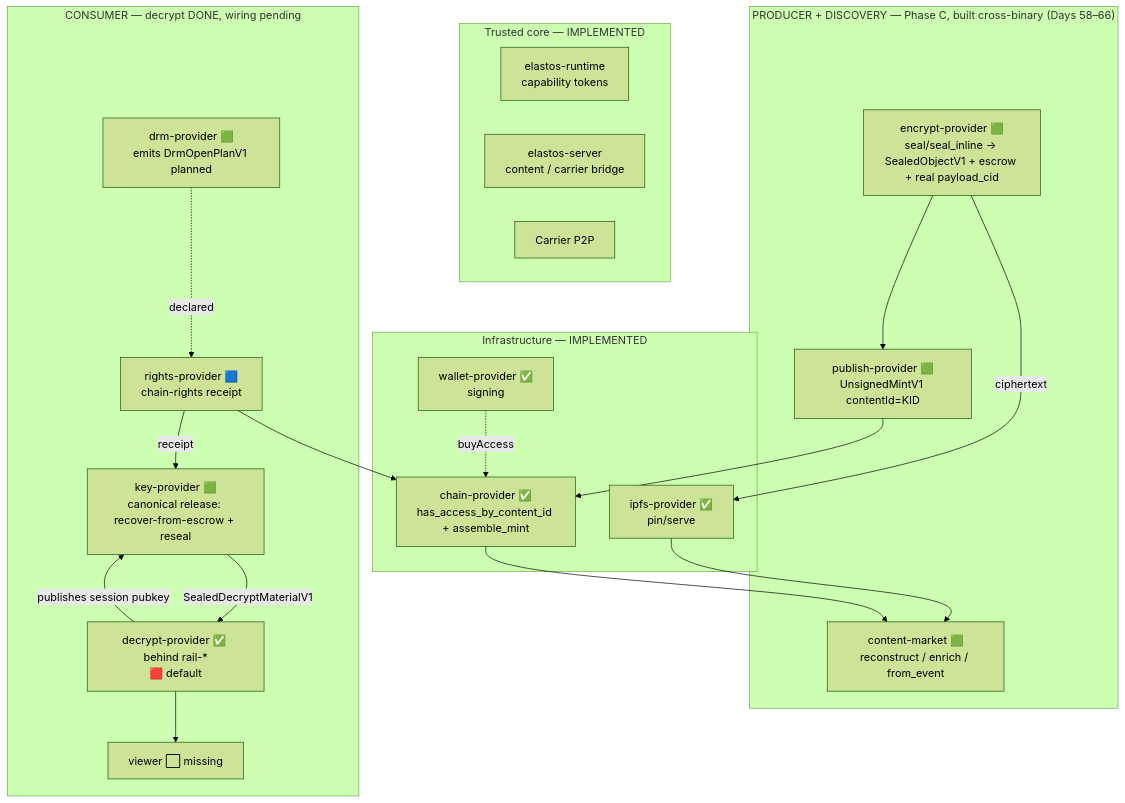
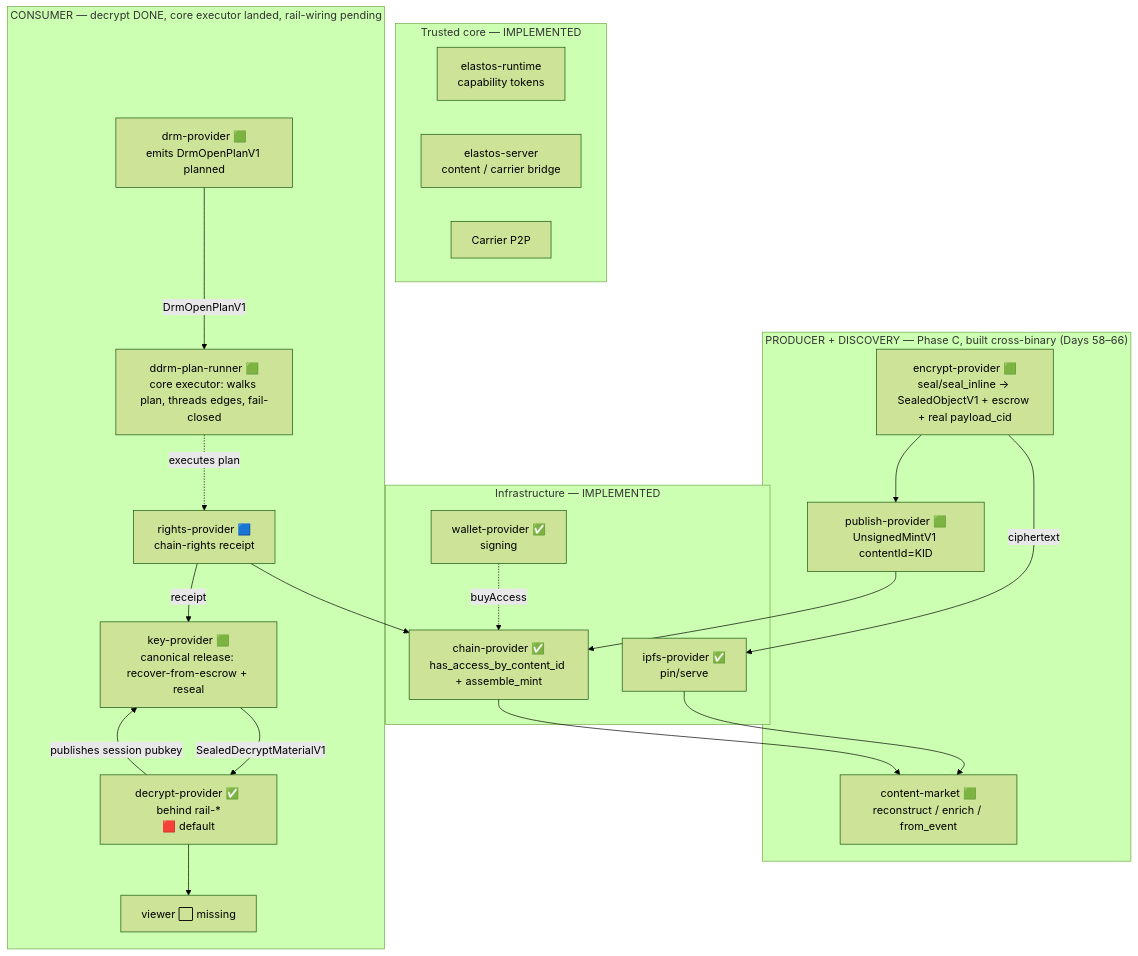
The first of 2 diagrams in docs/convergence/SYSTEM_ARCHITECTURE_MAP.md (Elacity/elastos-runtime), drawn with Mermaid (forest theme) before and after one commit. The commit also changed other lines of this file and 10 other files, not shown here.

First line of the commit message:
ddrm(Day71/Phase A): runtime-core plan executor — ddrm-plan-runner walks DrmOpenPlanV1, fail-closed

````diff
--- a/docs/convergence/SYSTEM_ARCHITECTURE_MAP.md
+++ b/docs/convergence/SYSTEM_ARCHITECTURE_MAP.md
@@ -121,32 +122,34 @@
 ```mermaid
 flowchart TB
   subgraph core["Trusted core — IMPLEMENTED"]
     RT[elastos-runtime<br/>capability tokens]
     SRV[elastos-server<br/>content / carrier bridge]
     CAR[Carrier P2P]
   end
   subgraph infra["Infrastructure — IMPLEMENTED"]
     IPFS[ipfs-provider ✅<br/>pin/serve]
     CHN[chain-provider ✅<br/>has_access_by_content_id + assemble_mint]
     WLT[wallet-provider ✅<br/>signing]
   end
   subgraph prod["PRODUCER + DISCOVERY — Phase C, built cross-binary (Days 58–66)"]
     ENC[encrypt-provider 🟩<br/>seal/seal_inline → SealedObjectV1 + escrow + real payload_cid]
     PUBP[publish-provider 🟩<br/>UnsignedMintV1 contentId=KID]
     MKT[content-market 🟩<br/>reconstruct / enrich / from_event]
   end
-  subgraph cons["CONSUMER — decrypt DONE, wiring pending"]
+  subgraph cons["CONSUMER — decrypt DONE, core executor landed, rail-wiring pending"]
     DRM[drm-provider 🟩<br/>emits DrmOpenPlanV1 planned]
+    CORE[ddrm-plan-runner 🟩<br/>core executor: walks plan, threads edges, fail-closed]
     RTS[rights-provider 🟦<br/>chain-rights receipt]
     KEY[key-provider 🟩<br/>canonical release: recover-from-escrow + reseal]
     DEC[decrypt-provider ✅ behind rail-*<br/>🟥 default]
     VIEW[viewer ⬜ missing]
   end
   ENC --> PUBP --> CHN
   ENC -->|ciphertext| IPFS --> MKT
   CHN --> MKT
   WLT -. buyAccess .-> CHN
-  DRM -. declared .-> RTS --> CHN
+  DRM -->|DrmOpenPlanV1| CORE
+  CORE -. executes plan .-> RTS --> CHN
   RTS -->|receipt| KEY -->|SealedDecryptMaterialV1| DEC --> VIEW
   DEC -->|publishes session pubkey| KEY
 ```
````
